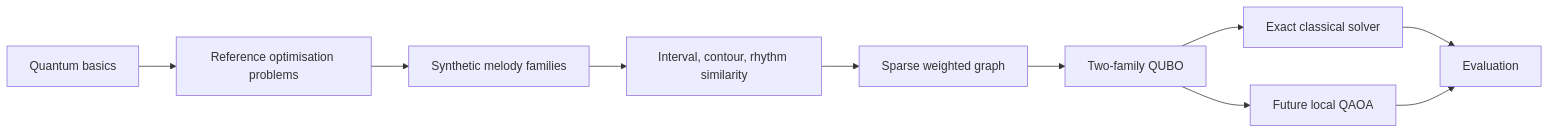
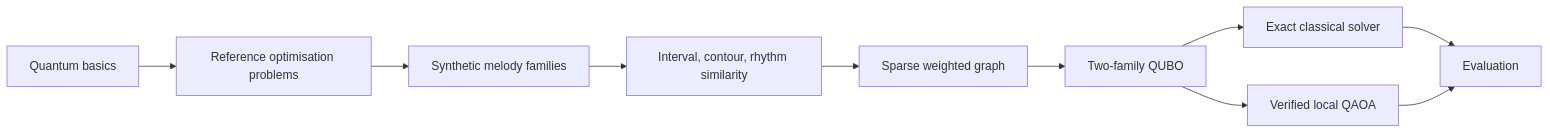
Before and after one commit to GwriPennar/quantum-folk-lab: the diagram in README.md, drawn with Mermaid. The commit also changed other lines of this file and 22 other files, not shown here.

````diff
--- a/README.md
+++ b/README.md
@@ -11,12 +11,12 @@
 ```mermaid
 flowchart LR
   A["Quantum basics"] --> B["Reference optimisation problems"]
   B --> C["Synthetic melody families"]
   C --> D["Interval, contour, rhythm similarity"]
   D --> E["Sparse weighted graph"]
   E --> F["Two-family QUBO"]
   F --> G["Exact classical solver"]
-  F --> H["Future local QAOA"]
+  F --> H["Verified local QAOA"]
   G --> I["Evaluation"]
   H --> I
 ```
````
